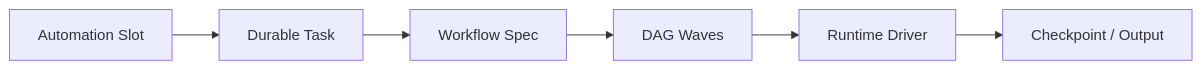
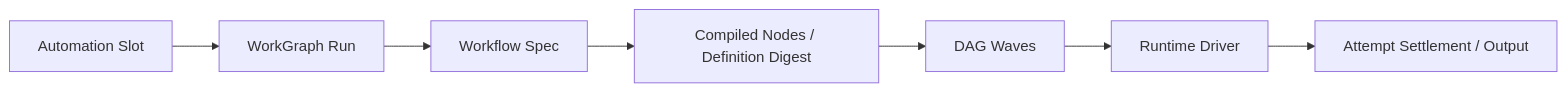
One commit to fwtllh-png/CodeHelper changed the diagram in docs/book/zh-CN/09-task-orchestration/03-automation-and-workflow.md. Above: the diagram before and after it, drawn with Mermaid. The commit also changed other lines of this file and 314 other files, not shown here.

````diff
--- a/docs/book/zh-CN/09-task-orchestration/03-automation-and-workflow.md
+++ b/docs/book/zh-CN/09-task-orchestration/03-automation-and-workflow.md
@@ -44,8 +48,9 @@
 ```mermaid
 flowchart LR
-    A[Automation Slot] --> T[Durable Task]
+    A[Automation Slot] --> T[WorkGraph Run]
     T --> W[Workflow Spec]
-    W --> D[DAG Waves]
+    W --> C[Compiled Nodes / Definition Digest]
+    C --> D[DAG Waves]
     D --> X[Runtime Driver]
-    X --> C[Checkpoint / Output]
+    X --> S[Attempt Settlement / Output]
 ```
````
